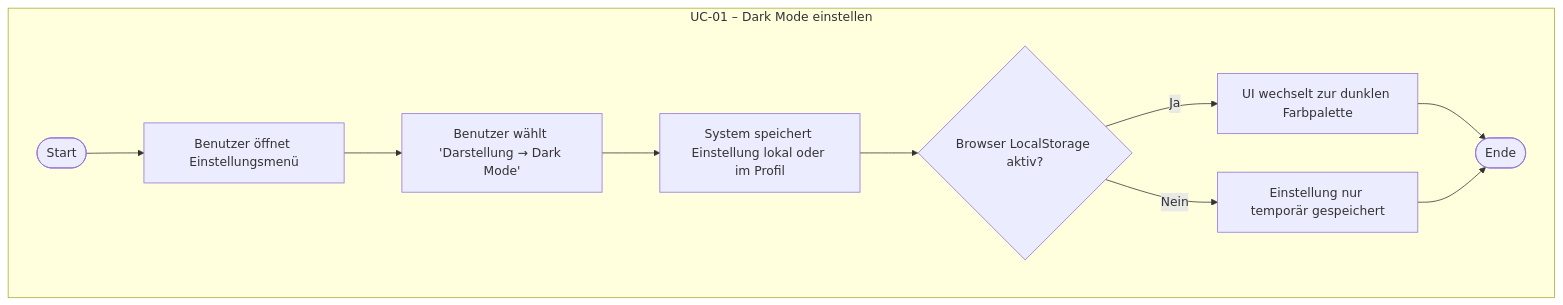
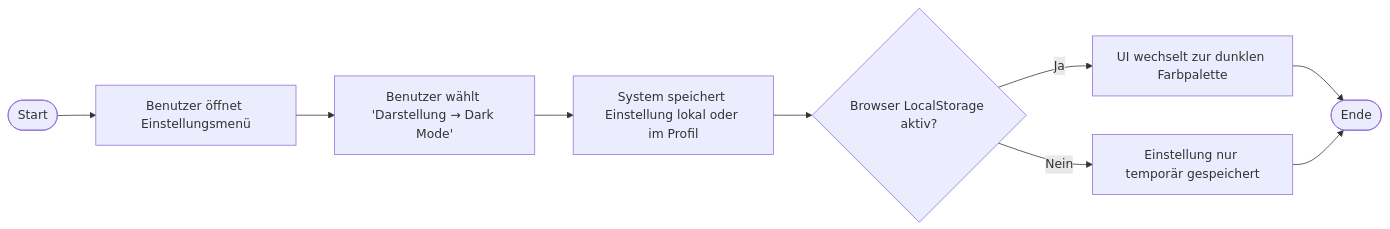
The third of 22 diagrams in docs/use_cases/software_requirements_specification.md (SimonJ2222/BitFlow), drawn with Mermaid before and after one commit.

Commit message:
Aktivitätsdiagramm Fix

````diff
--- a/docs/use_cases/software_requirements_specification.md
+++ b/docs/use_cases/software_requirements_specification.md
@@ -275,16 +275,11 @@
 ```mermaid
-%% ============================================================
-%% UC-01 – Dark Mode einstellen
-%% ============================================================
-flowchart TD
-    subgraph UC01["UC-01 – Dark Mode einstellen"]
-        A1([Start]) --> A2["Benutzer öffnet Einstellungsmenü"]
-        A2 --> A3["Benutzer wählt 'Darstellung → Dark Mode'"]
-        A3 --> A4["System speichert Einstellung lokal oder im Profil"]
-        A4 --> A5{"Browser LocalStorage aktiv?"}
-        A5 -->|Ja| A6["UI wechselt zur dunklen Farbpalette"]
-        A5 -->|Nein| A7["Einstellung nur temporär gespeichert"]
-        A6 --> A8([Ende])
-        A7 --> A8
-    end
+flowchart LR
+	A1([Start]) --> A2["Benutzer öffnet Einstellungsmenü"]
+	A2 --> A3["Benutzer wählt 'Darstellung → Dark Mode'"]
+	A3 --> A4["System speichert Einstellung lokal oder im Profil"]
+	A4 --> A5{"Browser LocalStorage aktiv?"}
+	A5 -->|Ja| A6["UI wechselt zur dunklen Farbpalette"]
+	A5 -->|Nein| A7["Einstellung nur temporär gespeichert"]
+	A6 --> A8([Ende])
+	A7 --> A8
 ```
````
